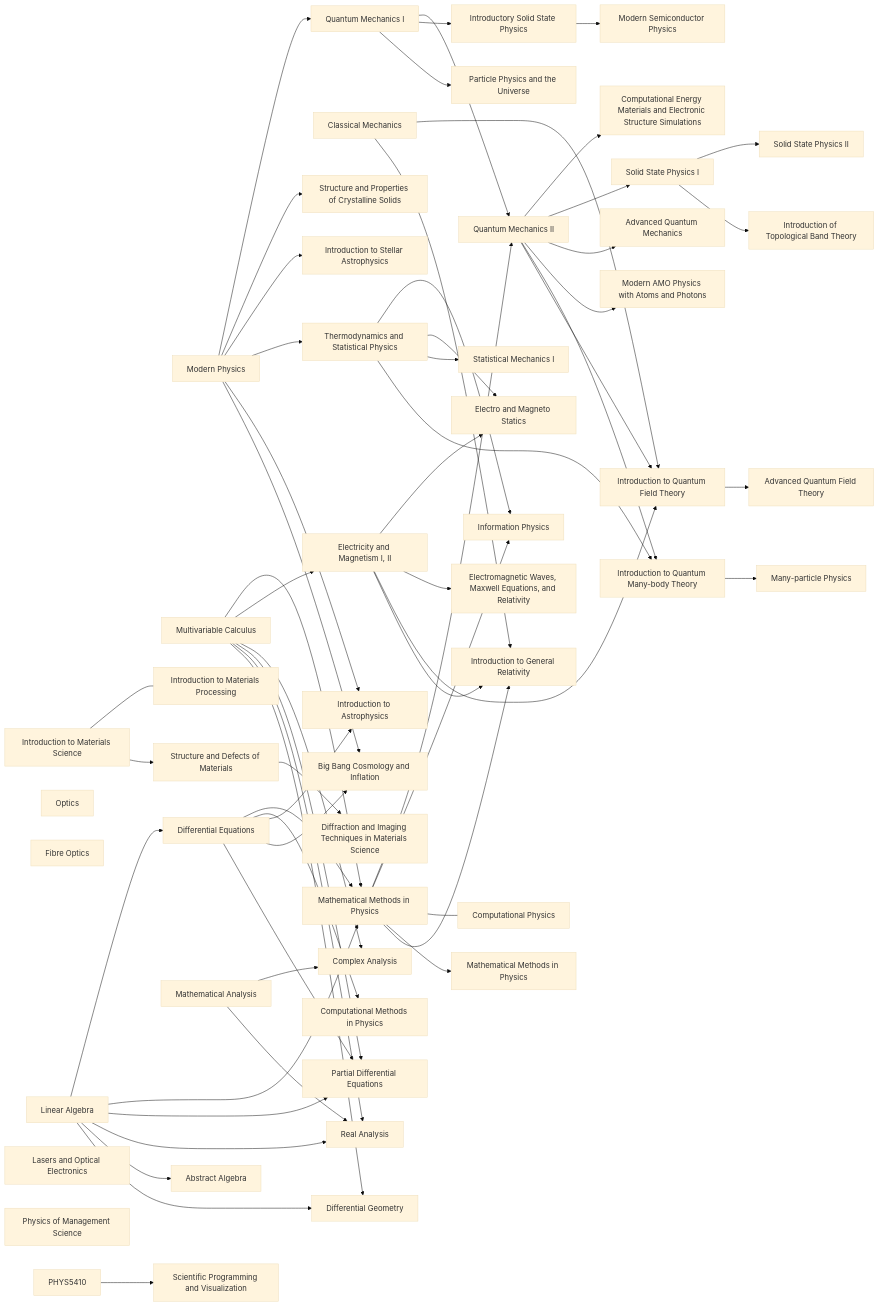
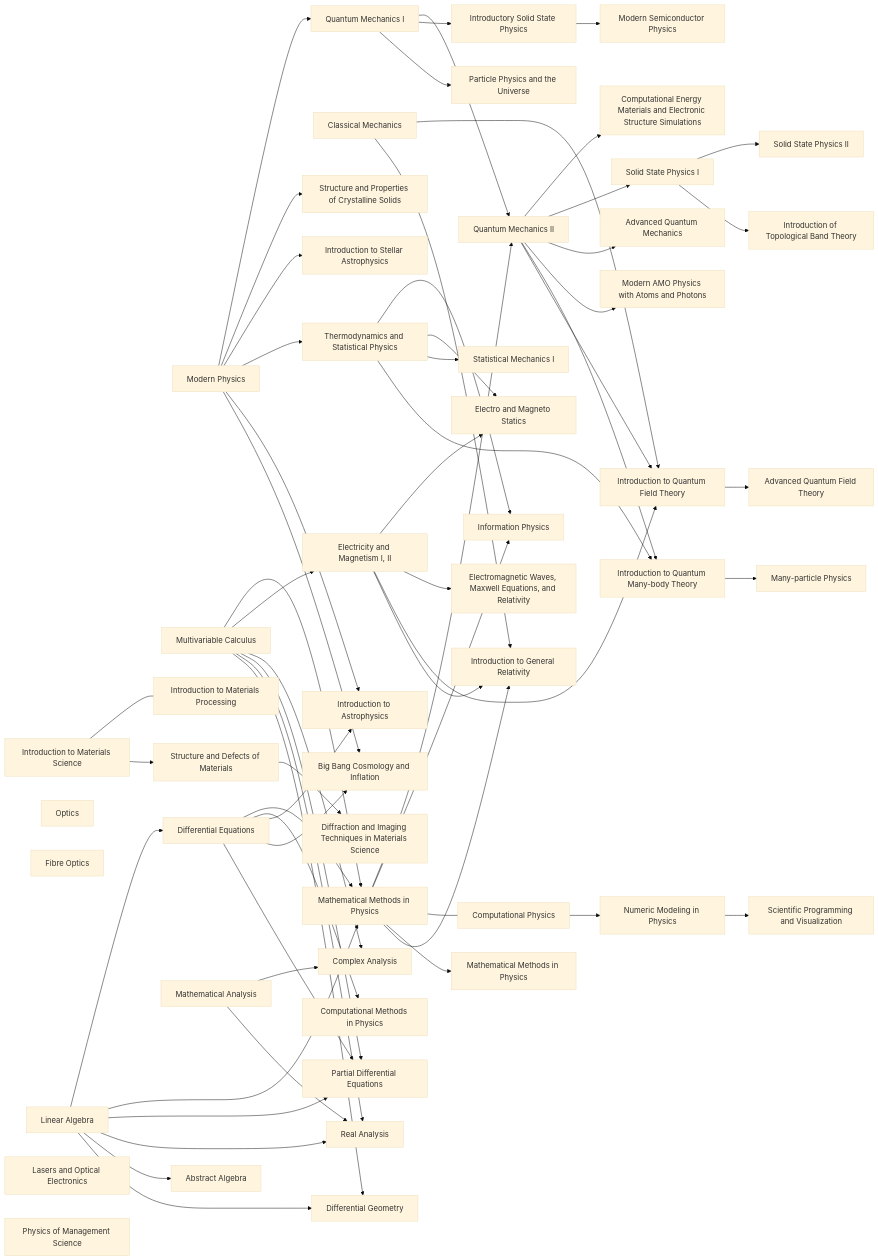
One commit to q-inho/q-inho.github.io changed the diagram in _posts/Physics/General/2022-09-16-Study-Roadmap-for-Physics.md. Above: the diagram before and after it, drawn with Mermaid (base theme). The commit also changed 2 other files, not shown here.

```diff
--- a/_posts/Physics/General/2022-09-16-Study-Roadmap-for-Physics.md
+++ b/_posts/Physics/General/2022-09-16-Study-Roadmap-for-Physics.md
@@ -20,55 +20,56 @@
 <div class="mermaid"> 
       graph LR
         PHYS2022[Modern Physics]
         MATH2023[Multivariable Calculus]
         MATH2121[Linear Algebra] --> MATH2352[Differential Equations]
         MATH2023 & MATH2121 & MATH2352 --> PHYS3031[Mathematical Methods in Physics]
         PHYS3032[Classical Mechanics]
         MATH2023 --> PHYS3033[Electricity and Magnetism I, II]
         PHYS2022 --> PHYS3036[Quantum Mechanics I]
         PHYS3038[Optics]
         PHYS3039[Fibre Optics]
         PHYS3040[Introduction to Materials Science] --- PHYS3041[Introduction to Materials Processing]
         PHYS2022 --> PHYS3042[Structure and Properties of Crystalline Solids]
         PHYS2022 --> PHYS3071[Introduction to Stellar Astrophysics]
         MATH2352 --> PHYS3142[Computational Methods in Physics]
         PHYS2022 --> PHYS4050[Thermodynamics and Statistical Physics]
         PHYS3031 & PHYS3036 --> PHYS4051[Quantum Mechanics II]
         PHYS3036 --> PHYS4052[Introductory Solid State Physics]
         PHYS4053[Lasers and Optical Electronics]
         PHYS2022 & MATH2352 --> PHYS4054[Introduction to Astrophysics]
         PHYS3036 --> PHYS4055[Particle Physics and the Universe]
         PHYS3040 --> PHYS4057[Structure and Defects of Materials]
         PHYS3031 & PHYS4050 --> PHYS4058[Information Physics]
         PHYS4059[Physics of Management Science]
         PHYS3031 --- PHYS4060[Computational Physics]
         PHYS2022 & MATH2352 --> PHYS4071[Big Bang Cosmology and Inflation]
         PHYS3031 --> PHYS5110[Mathematical Methods in Physics]
         PHYS4051 --> PHYS5120[Computational Energy Materials and Electronic Structure Simulations]
         PHYS4051 --> PHYS5170[Solid State Physics I]
         PHYS3033 & PHYS4050 --> PHYS5200[Electro and Magneto Statics]
         PHYS3033 --> PHYS5210[Electromagnetic Waves, Maxwell Equations, and Relativity]
         PHYS4051 --> PHYS5260[Advanced Quantum Mechanics]
         PHYS4051 --> PHYS5280[Modern AMO Physics with Atoms and Photons]
         PHYS4050 --> PHYS5310[Statistical Mechanics I]
         PHYS4050 & PHYS4051 --> PHYS5340[Introduction to Quantum Many-body Theory]
         PHYS5170 --> PHYS5370[Solid State Physics II]
+        PHYS4060 --> PHYS5410[Numeric Modeling in Physics]
         PHYS3032 & PHYS3033 & PHYS4051 --> PHYS5520[Introduction to Quantum Field Theory]
         PHYS3032 & PHYS3033 & PHYS3031 --> PHYS5530[Introduction to General Relativity]
         PHYS4052 --> PHYS5810[Modern Semiconductor Physics]
         PHYS4057 --> PHYS5820[Diffraction and Imaging Techniques in Materials Science]
         MATH2033[Mathematical Analysis]
         MATH2023 & MATH2033 -->   MATH4023[Complex Analysis]
         MATH2023 & MATH2121 & MATH2352 --> MATH4052[Partial Differential Equations]
         MATH2023 & MATH2033 & MATH2121 --> MATH3033[Real Analysis]
         MATH2121 --> MATH3121[Abstract Algebra]
         MATH2023 & MATH2121 --> MATH4223[Differential Geometry]
         PHYS5170 --> PHYS6810H[Introduction of Topological Band Theory]
         PHYS5410 --> PHYS6810I[Scientific Programming and Visualization]
         PHYS5340 --> PHYS6810J[Many-particle Physics]
         PHYS5520 --> PHYS6810K[Advanced Quantum Field Theory]
 
 
 
 
 </div>
```
